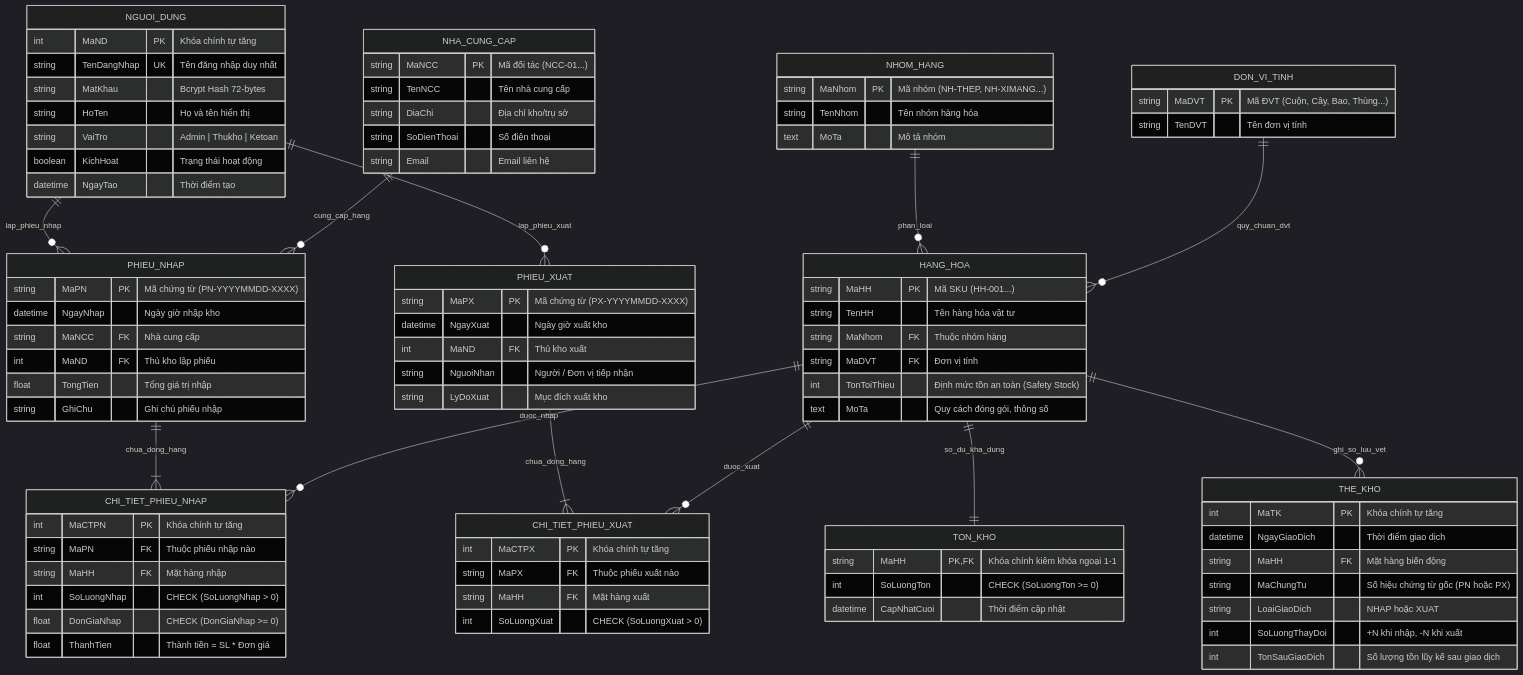
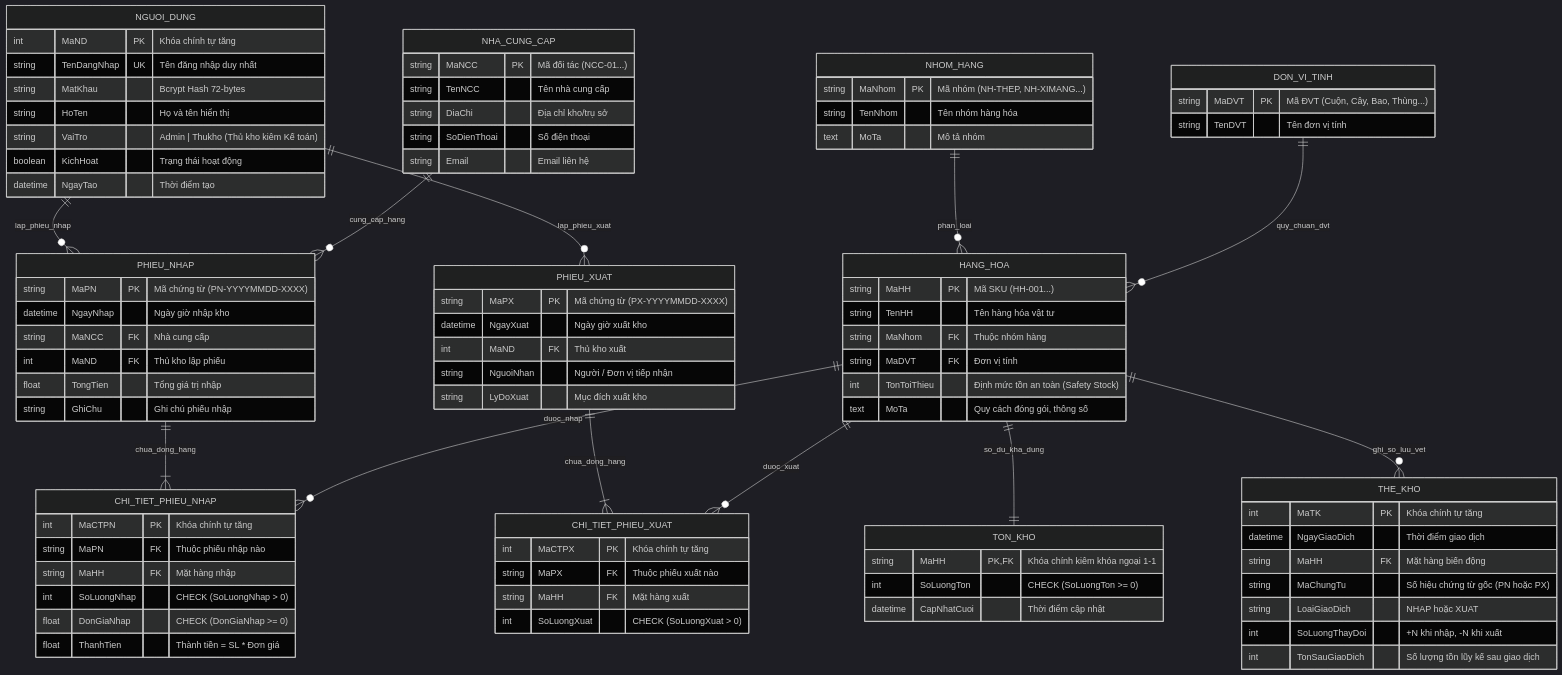
One commit to hungthanh12345/smartlogis-ai changed the second of 3 diagrams in docs/GIAI_DOAN_1_DESIGN.md. Above: the diagram before and after it, drawn with Mermaid (dark theme). The commit also changed other lines of this file and 43 other files, not shown here.

Commit message:
feat: chuẩn hóa hệ thống SmartLogis-AI v2.0 - tích hợp MySQL 8.0, Gemini AI, vai trò Thủ kho kiêm Kế toán & cập nhật toàn bộ sơ đồ sạch vào HTD_NTH_KTPMK23A.docx

```diff
--- a/docs/GIAI_DOAN_1_DESIGN.md
+++ b/docs/GIAI_DOAN_1_DESIGN.md
@@ -78,7 +78,7 @@
         string TenDangNhap UK "Tên đăng nhập duy nhất"
         string MatKhau "Bcrypt Hash 72-bytes"
         string HoTen "Họ và tên hiển thị"
-        string VaiTro "Admin | Thukho | Ketoan"
+        string VaiTro "Admin | Thukho (Thủ kho kiêm Kế toán)"
         boolean KichHoat "Trạng thái hoạt động"
         datetime NgayTao "Thời điểm tạo"
     }
```
